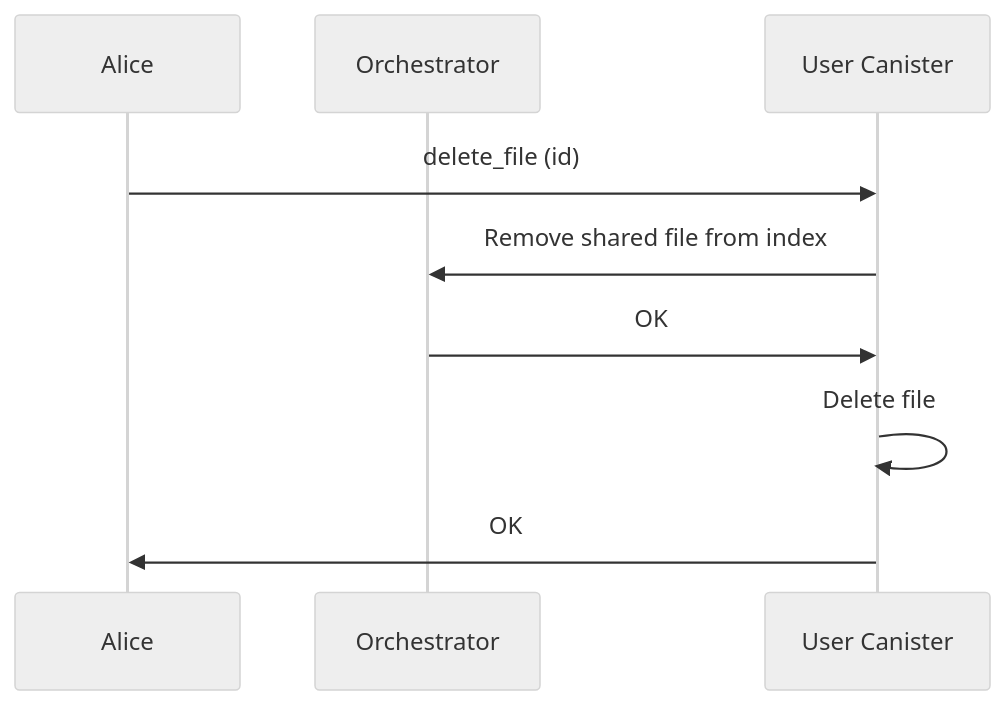
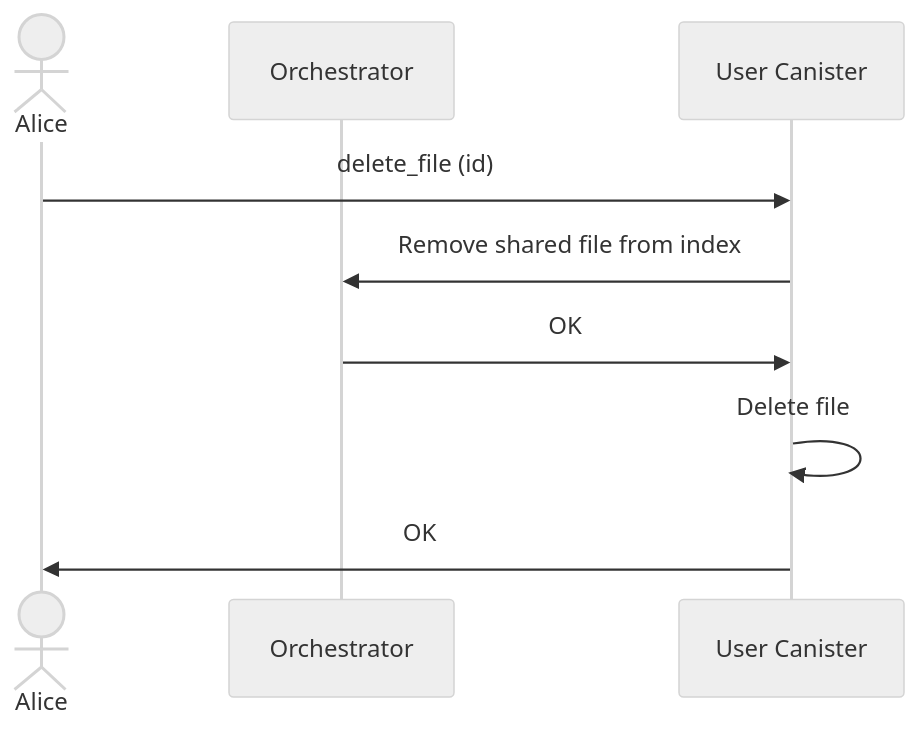
Before and after one commit to icp-hub-it/ic-docutrack: the sixth of 6 diagrams in docs/flows.md, drawn with Mermaid (neutral theme). The commit also changed other lines of this file, not shown here.

````diff
--- a/docs/flows.md
+++ b/docs/flows.md
@@ -89,11 +89,11 @@
 ```mermaid
 sequenceDiagram
-    participant A as Alice
+    actor A as Alice
     participant O as Orchestrator
     participant UC as User Canister
     A->>UC: delete_file (id)
     UC->>O: Remove shared file from index
     O->>UC: OK
     UC->>UC: Delete file
     UC->>A: OK
 ```
````
